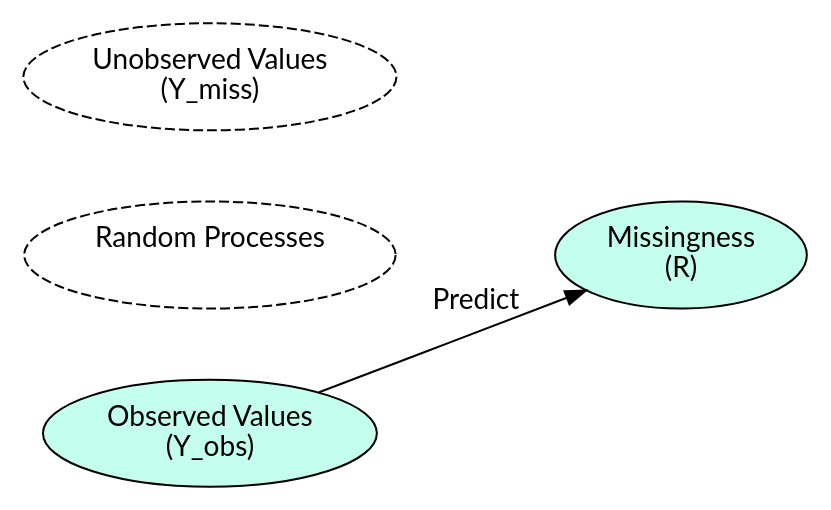
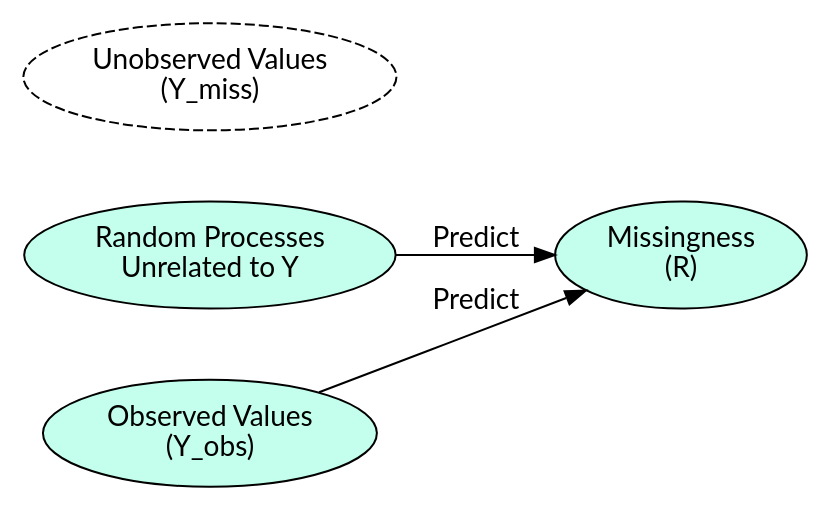
The third of 4 diagrams in Slides.qmd (sjpierce/FMDE2024), drawn with Graphviz before and after one commit. The commit also changed other lines of this file, not shown here.

````diff
--- a/Slides.qmd
+++ b/Slides.qmd
@@ -568,21 +583,21 @@
 ```{dot}
 //| fig-width: 9
 //| fig-height: 4
 digraph MAR {
 rankdir="LR";
 
 node [shape = "ellipse", style= "filled", fontname="Lato", fillcolor = "#C3FFEC"]
 Missing [label = "Missingness\n(R)"]
 Observed [label = "Observed Values\n(Y_obs)"]
-Random [label = "Random Processes\n ", style = "dashed"]
+Random [label = "Random Processes\nUnrelated to Y"]
 Unobserved [label = "Unobserved Values\n(Y_miss)", style = "dashed"]
 
 edge [fontname="Lato"]
 Observed -> Missing [label = "Predict"]
 Unobserved -> Random -> Observed [style = "invis"]
-Random -> Missing [style = "invis"]
+Random -> Missing [label = "Predict"]
 Unobserved -> Missing [style = "invis"]
 
 {rank = same; Unobserved; Random; Observed}
 }
 ```
````
